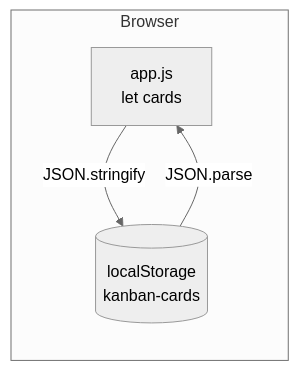
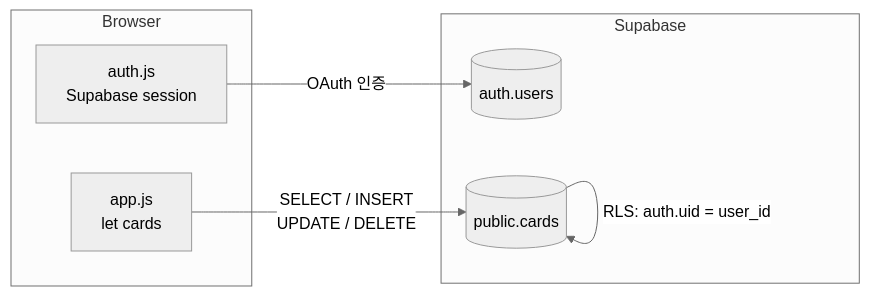
One commit to ksl3011/TEST_KANBAN changed the second of 2 diagrams in DatabaseDesign.md. Above: the diagram before and after it, drawn with Mermaid (neutral theme). The commit also changed other lines of this file and 11 other files, not shown here.

First line of the commit message:
feat: 칸반 보드 v2.0 — Google·GitHub OAuth + Supabase DB 연동

````diff
--- a/DatabaseDesign.md
+++ b/DatabaseDesign.md
@@ -101,10 +105,16 @@
 ```mermaid
 flowchart LR
     subgraph Browser
         A[app.js\nlet cards]
-        B[(localStorage\nkanban-cards)]
+        B[auth.js\nSupabase session]
     end
 
-    A -- JSON.stringify --> B
-    B -- JSON.parse --> A
+    subgraph Supabase
+        C[(auth.users)]
+        D[(public.cards)]
+    end
+
+    B -- OAuth 인증 --> C
+    A -- SELECT / INSERT\nUPDATE / DELETE --> D
+    D -- RLS: auth.uid = user_id --> D
 ```
````
